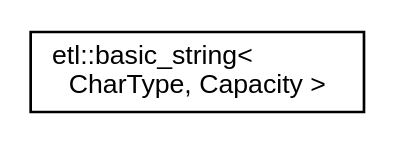
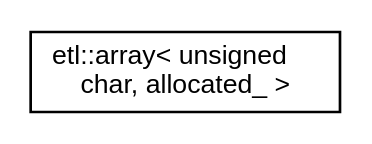
One commit to tobanteAudio/taetl changed the diagram in inherit_graph_3.dot. Above: the diagram before and after it, drawn with Graphviz. The commit also changed 256 other files, not shown here.

```diff
--- a/inherit_graph_3.dot
+++ b/inherit_graph_3.dot
@@ -1,7 +1,7 @@
 digraph "Graphical Class Hierarchy"
 {
   edge [fontname="Helvetica",fontsize="10",labelfontname="Helvetica",labelfontsize="10"];
   node [fontname="Helvetica",fontsize="10",shape=record];
   rankdir="LR";
-  Node0 [label="etl::basic_string\<\l CharType, Capacity \>",height=0.2,width=0.4,color="black", fillcolor="white", style="filled",URL="$classetl_1_1basic__string.html",tooltip="basic_string class with fixed size capacity. "];
+  Node0 [label="etl::array\< unsigned\l char, allocated_ \>",height=0.2,width=0.4,color="black", fillcolor="white", style="filled",URL="$classetl_1_1array.html"];
 }
```
